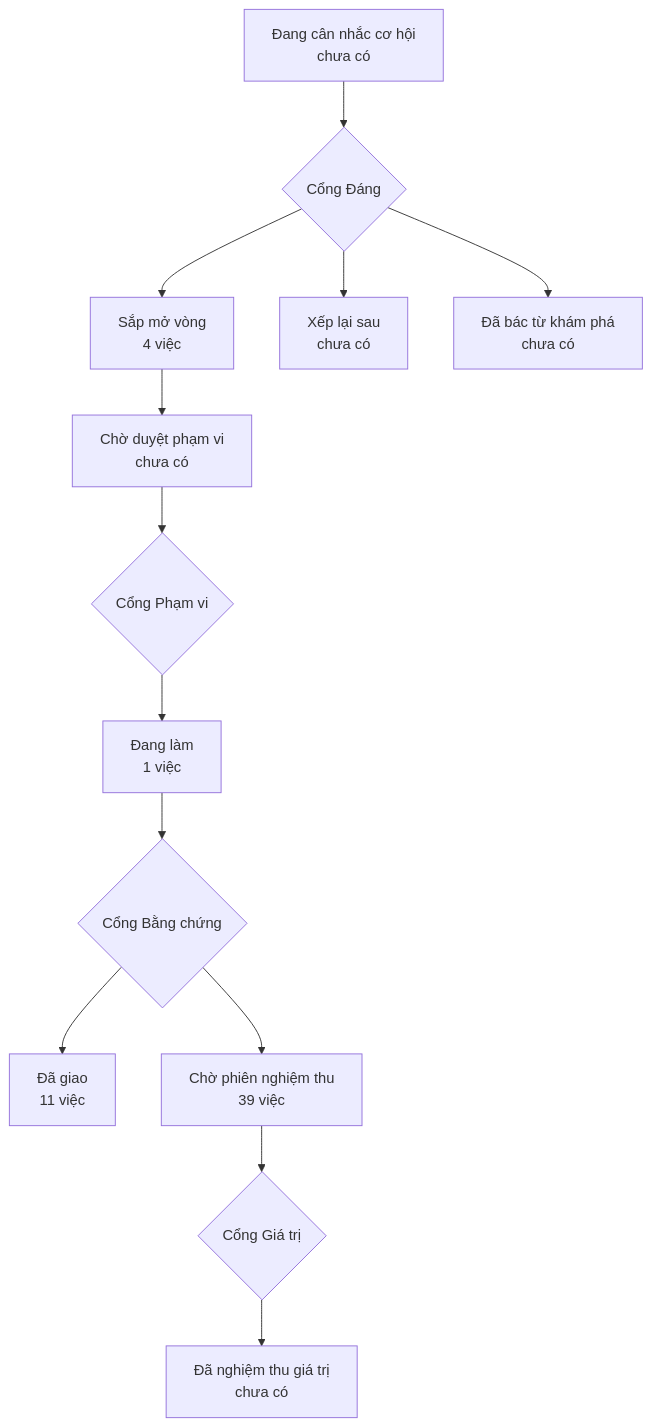
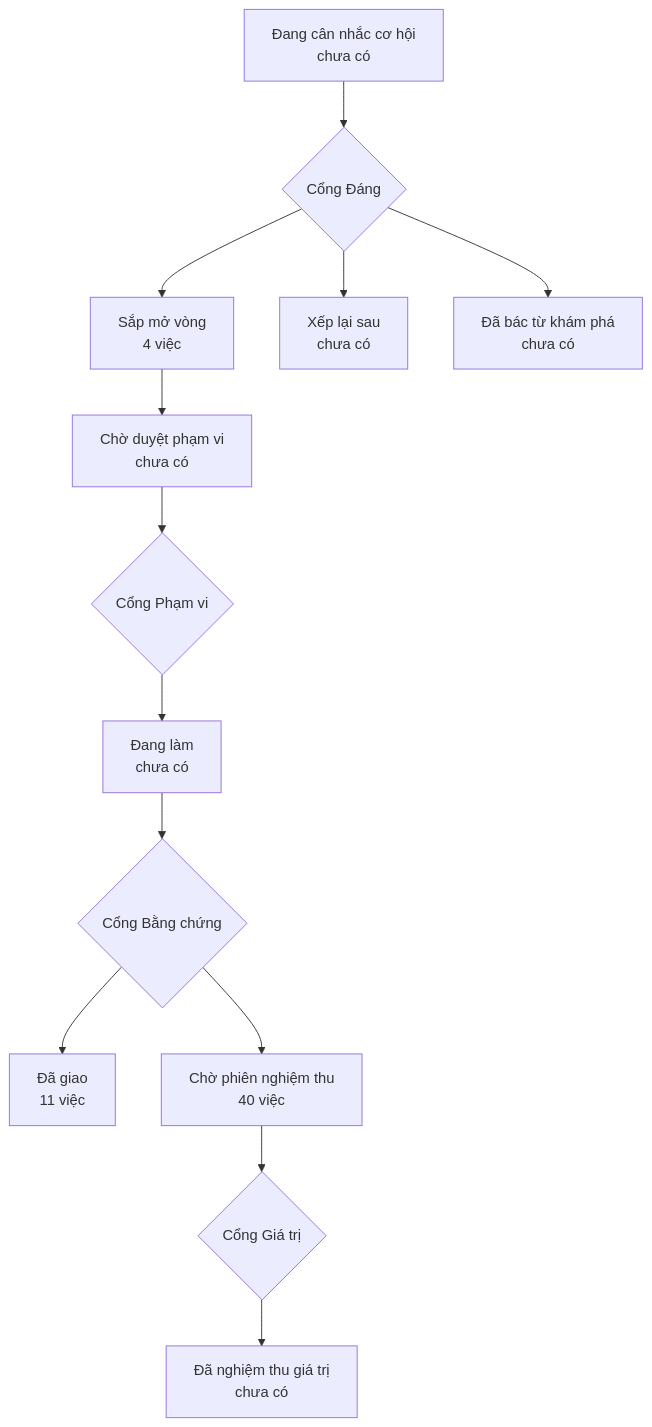
The diagram in PRODUCT-MAP.md (phanlemanh/onehub-quy-hang), drawn with Mermaid before and after one commit. The commit also changed other lines of this file and 4 other files, not shown here.

````diff
--- a/PRODUCT-MAP.md
+++ b/PRODUCT-MAP.md
@@ -7,12 +7,12 @@
 ```mermaid
 flowchart TD
   A["Đang cân nhắc cơ hội<br/>chưa có"] --> GD{"Cổng Đáng"}
   GD --> B["Sắp mở vòng<br/>4 việc"]
   GD --> XL["Xếp lại sau<br/>chưa có"]
   GD --> DB["Đã bác từ khám phá<br/>chưa có"]
   B --> CD["Chờ duyệt phạm vi<br/>chưa có"] --> GP{"Cổng Phạm vi"}
-  GP --> DL["Đang làm<br/>1 việc"] --> GB{"Cổng Bằng chứng"}
+  GP --> DL["Đang làm<br/>chưa có"] --> GB{"Cổng Bằng chứng"}
   GB --> DG["Đã giao<br/>11 việc"]
-  GB --> CN["Chờ phiên nghiệm thu<br/>39 việc"] --> GG{"Cổng Giá trị"}
+  GB --> CN["Chờ phiên nghiệm thu<br/>40 việc"] --> GG{"Cổng Giá trị"}
   GG --> NT["Đã nghiệm thu giá trị<br/>chưa có"]
 ```
````
